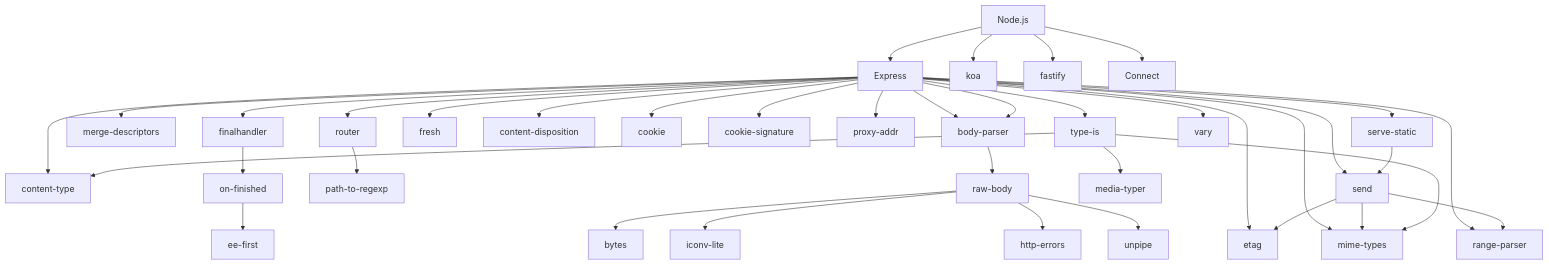
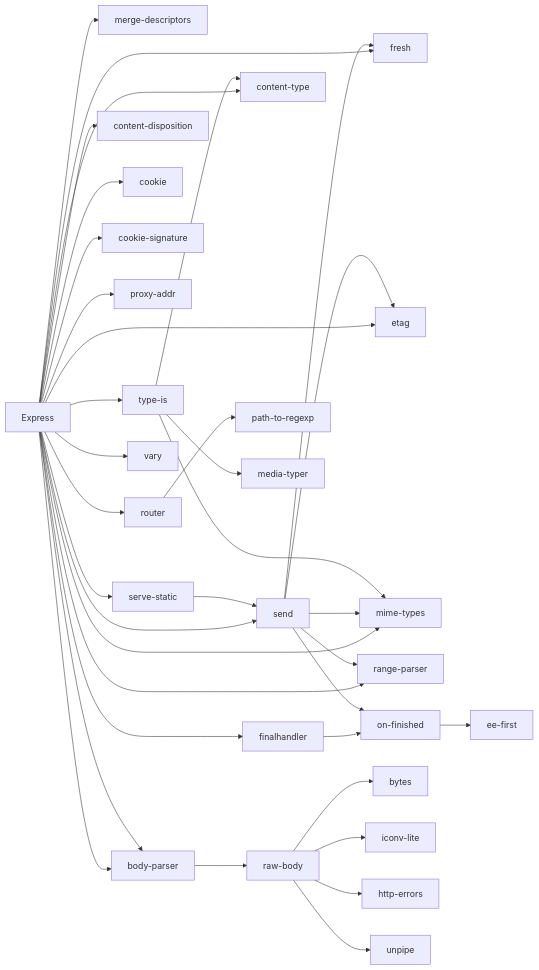
The first of 6 diagrams in docs/http/npm-http-chain-1.md (samuel871211/yusheng-tech-blog), drawn with Mermaid before and after one commit. The commit also changed other lines of this file, not shown here.

````diff
--- a/docs/http/npm-http-chain-1.md
+++ b/docs/http/npm-http-chain-1.md
@@ -10,47 +10,44 @@
 ```mermaid
-flowchart TD
-    Node.js --> Express
-    Node.js --> koa
-    Node.js --> fastify
-    Node.js --> Connect
-
+flowchart LR
     Express --> finalhandler
     Express --> merge-descriptors
     Express --> body-parser
     Express --> router
     Express --> body-parser
     Express --> fresh
     Express --> content-type
     Express --> content-disposition
     Express --> cookie
     Express --> cookie-signature
     Express --> etag
     Express --> mime-types
     Express --> proxy-addr
     Express --> range-parser
     Express --> send
     Express --> serve-static
     Express --> type-is
     Express --> vary
 
     router --> path-to-regexp
     finalhandler --> on-finished
     on-finished --> ee-first
 
     send --> mime-types
     send --> range-parser
     send --> etag
+    send --> fresh
+    send --> on-finished
 
     type-is --> content-type
     type-is --> mime-types
     type-is --> media-typer
 
     serve-static --> send
 
     body-parser --> raw-body
 
     raw-body --> bytes
     raw-body --> iconv-lite
     raw-body --> http-errors
     raw-body --> unpipe
 ```
````
